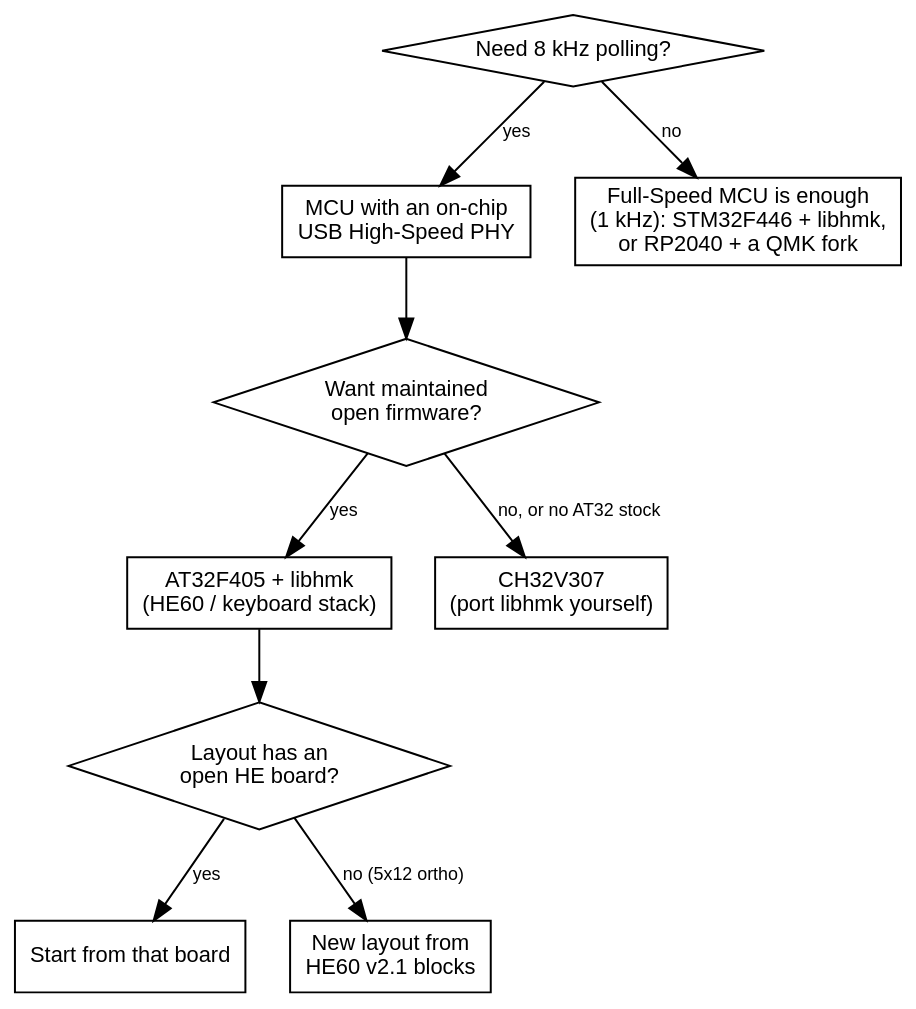
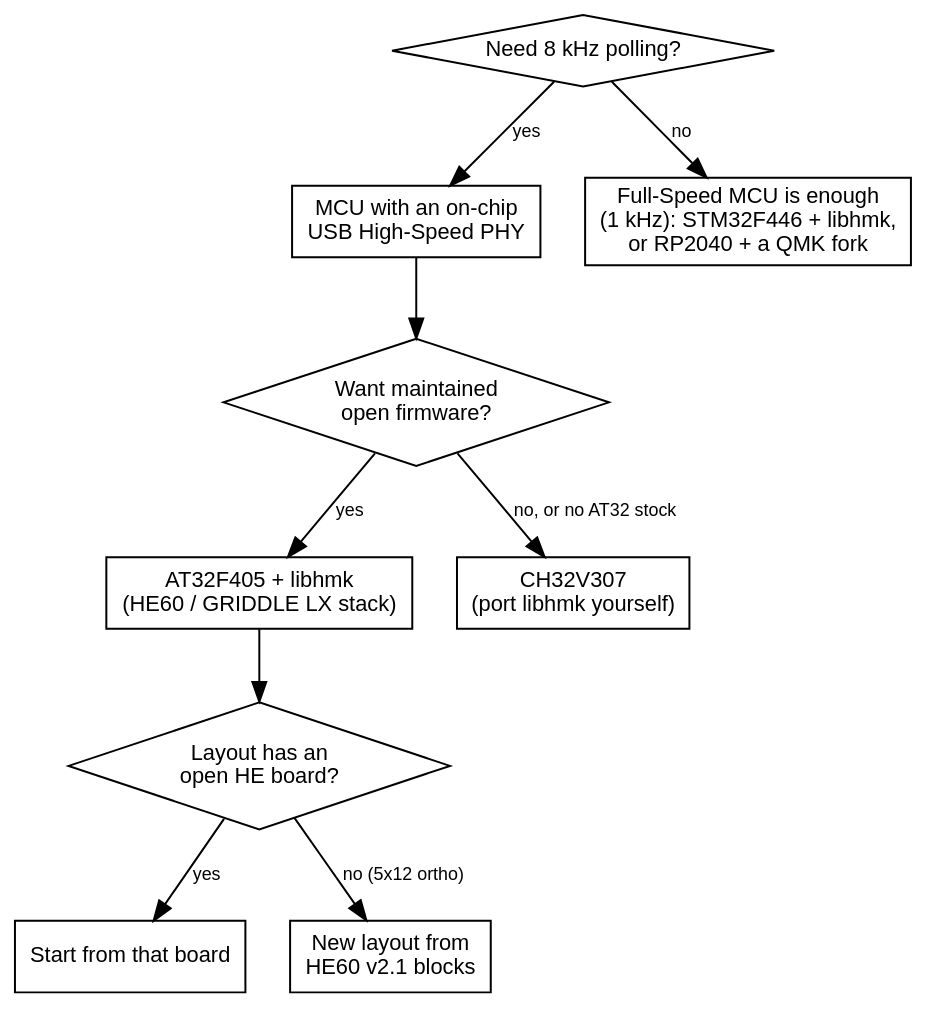
One commit to erfianugrah/lexicanum changed the second of 2 diagrams in src/content/docs/reference/griddle-lx-hall-effect-keyboard.mdx. Above: the diagram before and after it, drawn with Graphviz. The commit also changed other lines of this file and 7 other files, not shown here.

Commit message:
docs: keyboard -> GRIDDLE LX (hub moved to /reference/griddle-lx-hall-effect-keyboard/, old URL redirects)

````diff
--- a/src/content/docs/reference/griddle-lx-hall-effect-keyboard.mdx
+++ b/src/content/docs/reference/griddle-lx-hall-effect-keyboard.mdx
@@ -212,27 +214,27 @@
 ```dot
 digraph {
   rankdir=TB; bgcolor="transparent"; nodesep=0.3; ranksep=0.5;
   fontname="Helvetica,Arial,sans-serif";
   node [fontname="Helvetica,Arial,sans-serif", fontsize=11, shape=box];
   edge [fontname="Helvetica,Arial,sans-serif", fontsize=9];
 
   q1 [label="Need 8 kHz polling?", shape=diamond];
   hs [label="MCU with an on-chip\nUSB High-Speed PHY"];
   fs [label="Full-Speed MCU is enough\n(1 kHz): STM32F446 + libhmk,\nor RP2040 + a QMK fork"];
   q2 [label="Want maintained\nopen firmware?", shape=diamond];
-  at [label="AT32F405 + libhmk\n(HE60 / keyboard stack)"];
+  at [label="AT32F405 + libhmk\n(HE60 / GRIDDLE LX stack)"];
   ch [label="CH32V307\n(port libhmk yourself)"];
   q3 [label="Layout has an\nopen HE board?", shape=diamond];
   fork [label="Start from that board"];
   blocks [label="New layout from\nHE60 v2.1 blocks"];
 
   q1 -> hs [label="yes"];
   q1 -> fs [label="no"];
   hs -> q2;
   q2 -> at [label="yes"];
   q2 -> ch [label="no, or no AT32 stock"];
   at -> q3;
   q3 -> fork [label="yes"];
   q3 -> blocks [label="no (5x12 ortho)"];
 }
 ```
````
